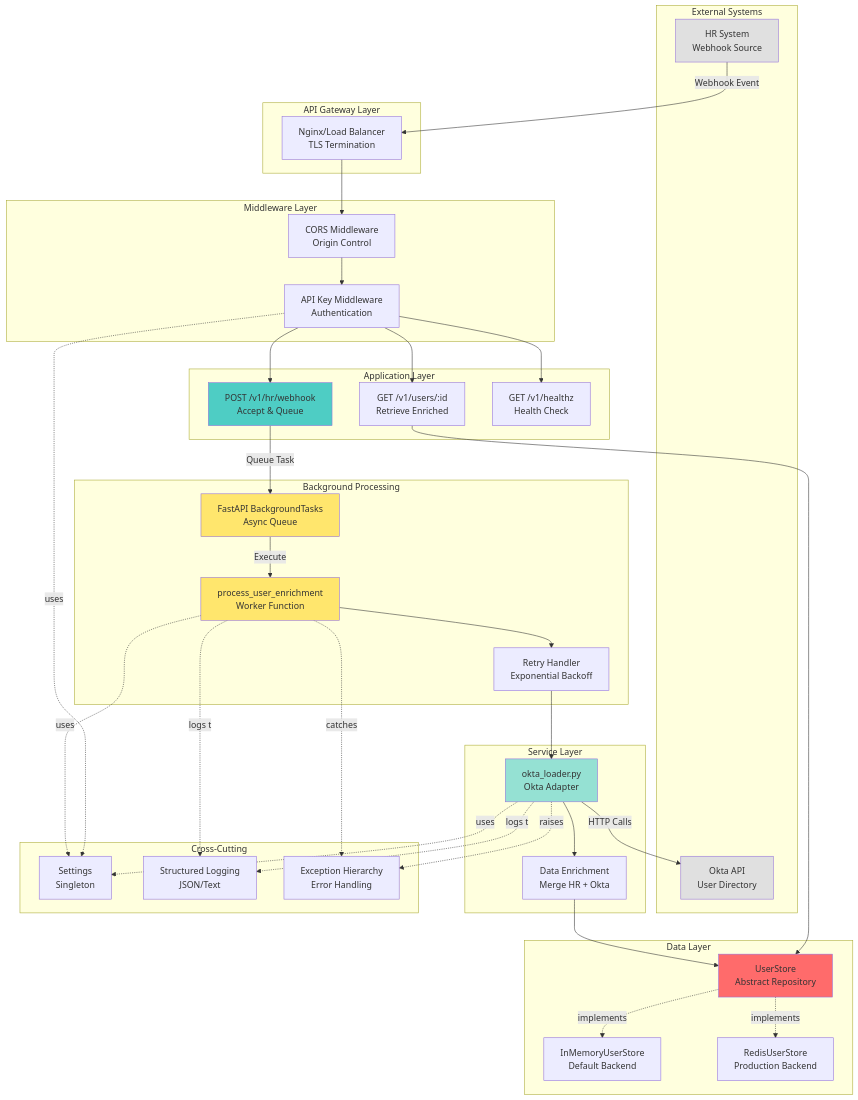
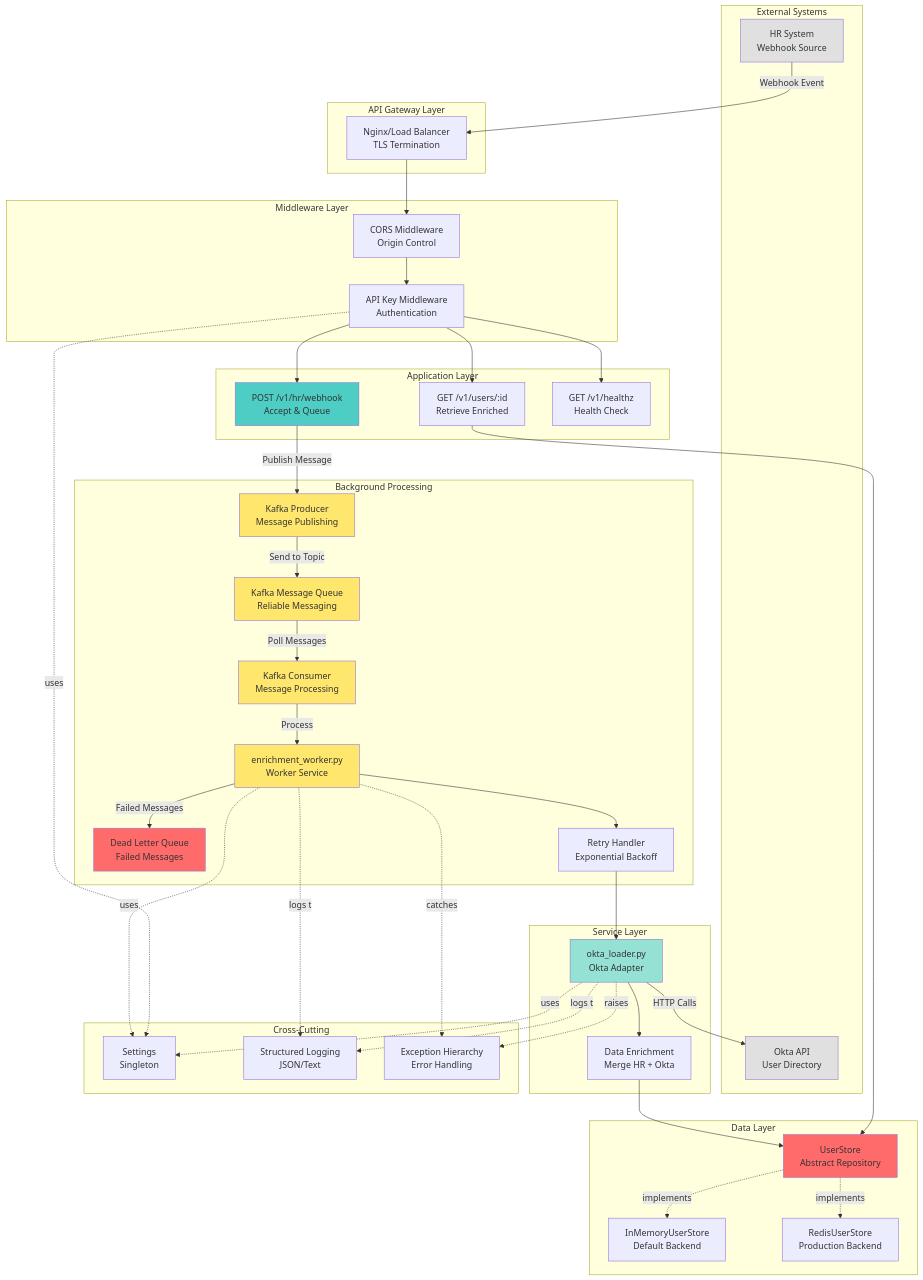
Before and after one commit to temesgen22/user_onbording: diagram 12 of 29 in ARCHITECTURE_DIAGRAM.md, drawn with Mermaid. The commit also changed other lines of this file and 10 other files, not shown here.

````diff
--- a/ARCHITECTURE_DIAGRAM.md
+++ b/ARCHITECTURE_DIAGRAM.md
@@ -626,8 +651,11 @@
     end
     
     subgraph "Background Processing"
-        queue[FastAPI BackgroundTasks<br/>Async Queue]
-        worker[process_user_enrichment<br/>Worker Function]
+        kafka[Kafka Message Queue<br/>Reliable Messaging]
+        producer[Kafka Producer<br/>Message Publishing]
+        consumer[Kafka Consumer<br/>Message Processing]
+        worker[enrichment_worker.py<br/>Worker Service]
+        dlq[Dead Letter Queue<br/>Failed Messages]
         retry[Retry Handler<br/>Exponential Backoff]
     end
     
@@ -655,10 +683,13 @@
     auth --> user_endpoint
     auth --> health_endpoint
     
-    webhook_endpoint -->|Queue Task| queue
-    queue -->|Execute| worker
+    webhook_endpoint -->|Publish Message| producer
+    producer -->|Send to Topic| kafka
+    kafka -->|Poll Messages| consumer
+    consumer -->|Process| worker
     worker --> retry
     retry --> okta_service
+    worker -->|Failed Messages| dlq
     
     okta_service -->|HTTP Calls| okta_api
     okta_service --> enrichment
@@ -681,8 +712,11 @@
     style hr_system fill:#e0e0e0
     style okta_api fill:#e0e0e0
     style webhook_endpoint fill:#4ecdc4
-    style queue fill:#ffe66d
+    style kafka fill:#ffe66d
+    style producer fill:#ffe66d
+    style consumer fill:#ffe66d
     style worker fill:#ffe66d
+    style dlq fill:#ff6b6b
     style okta_service fill:#95e1d3
     style store fill:#ff6b6b
 ```
````
